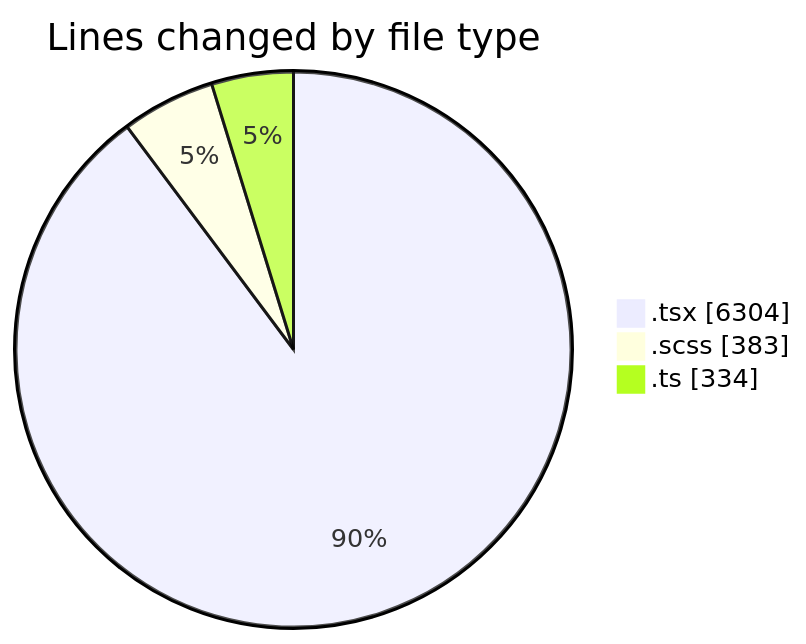
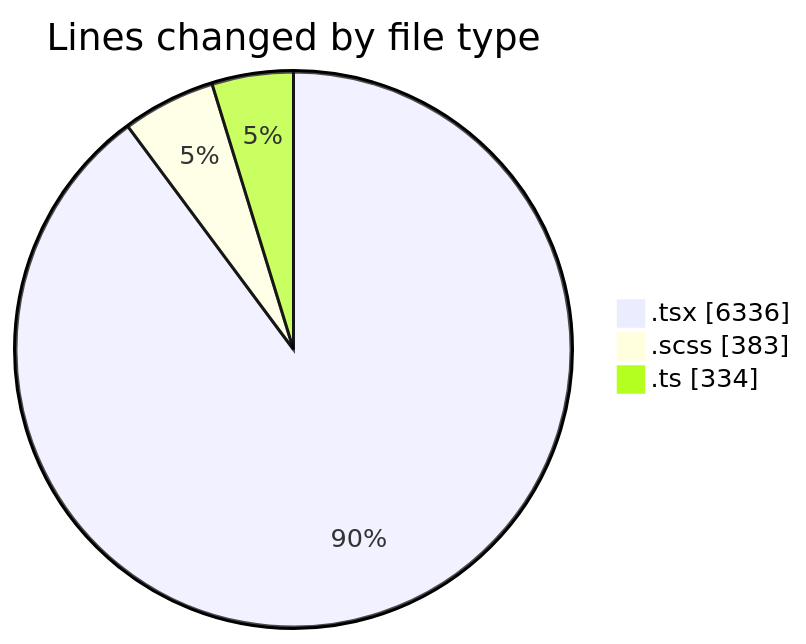
The first of 2 diagrams in 2025-07-03/cda/README.md (momahboobian/code-tracking), drawn with Mermaid before and after one commit. The commit also changed other lines of this file and 1 other file, not shown here.

````diff
--- a/2025-07-03/cda/README.md
+++ b/2025-07-03/cda/README.md
@@ -40,7 +40,7 @@
 ```mermaid
 pie showData
 title Lines changed by file type
-".tsx" : 6304
+".tsx" : 6336
 ".scss" : 383
 ".ts" : 334
 ```
````
